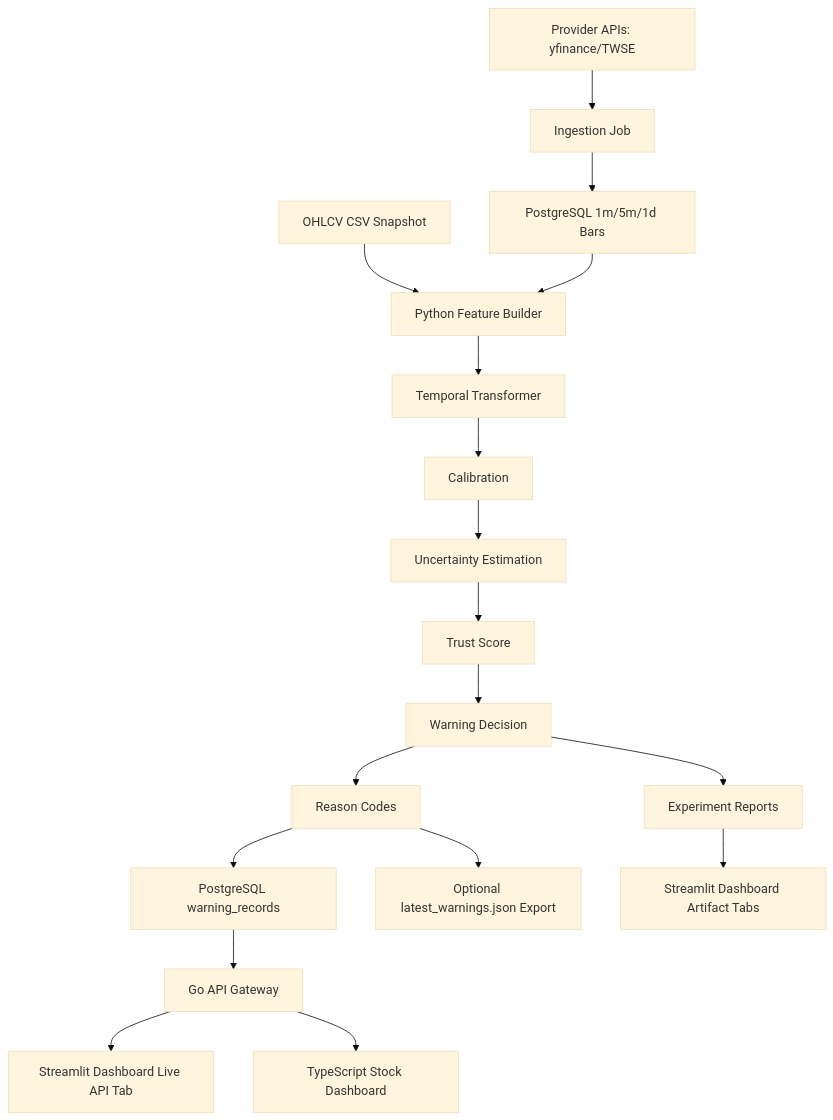
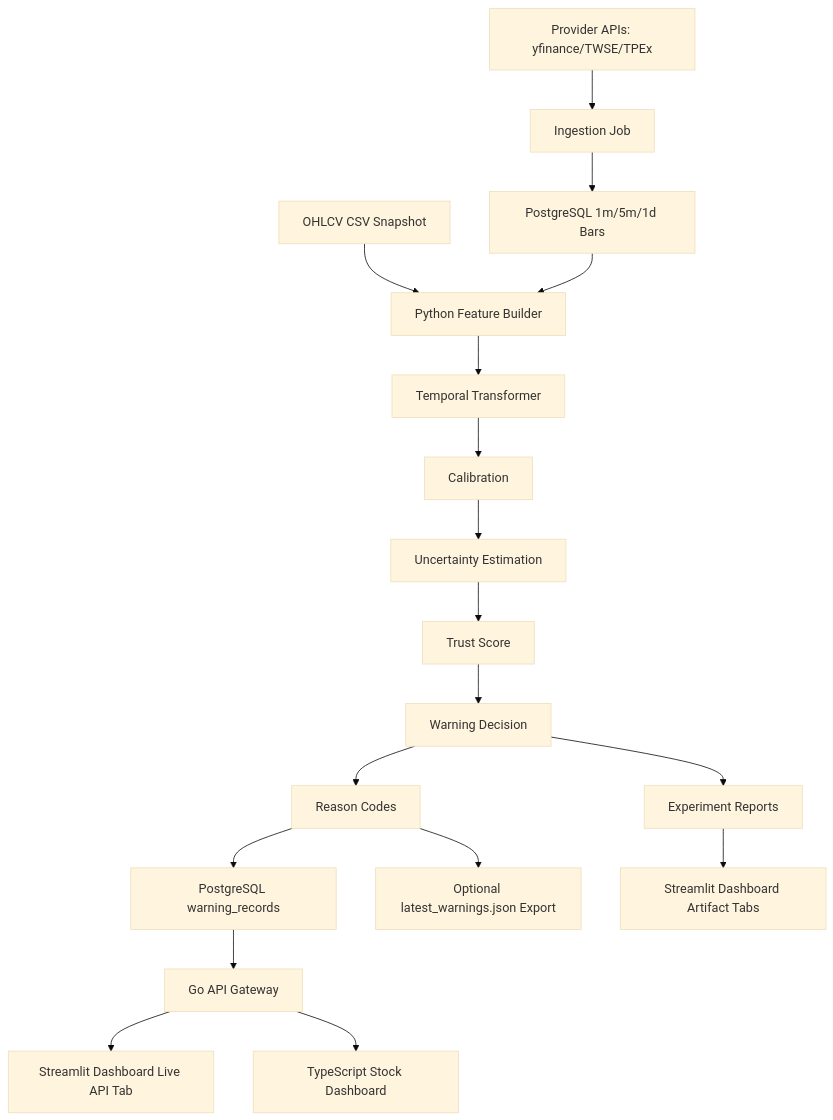
Before and after one commit to KageRyo/trustworthy-stock-intelligence: the diagram in docs/architecture.md, drawn with Mermaid (base theme). The commit also changed other lines of this file and 24 other files, not shown here.

````diff
--- a/docs/architecture.md
+++ b/docs/architecture.md
@@ -6,20 +6,20 @@
 ```mermaid
 flowchart TD
-    P[Provider APIs: yfinance/TWSE] --> Q[Ingestion Job]
+    P[Provider APIs: yfinance/TWSE/TPEx] --> Q[Ingestion Job]
     Q --> R[PostgreSQL 1m/5m/1d Bars]
     A[OHLCV CSV Snapshot] --> B[Python Feature Builder]
     R --> B
     B --> C[Temporal Transformer]
     C --> D[Calibration]
     D --> E[Uncertainty Estimation]
     E --> F[Trust Score]
     F --> G[Warning Decision]
     G --> H[Reason Codes]
     H --> I[PostgreSQL warning_records]
     H --> O[Optional latest_warnings.json Export]
     I --> J[Go API Gateway]
     J --> K[Streamlit Dashboard Live API Tab]
     J --> N[TypeScript Stock Dashboard]
     G --> L[Experiment Reports]
     L --> M[Streamlit Dashboard Artifact Tabs]
 ```
````
